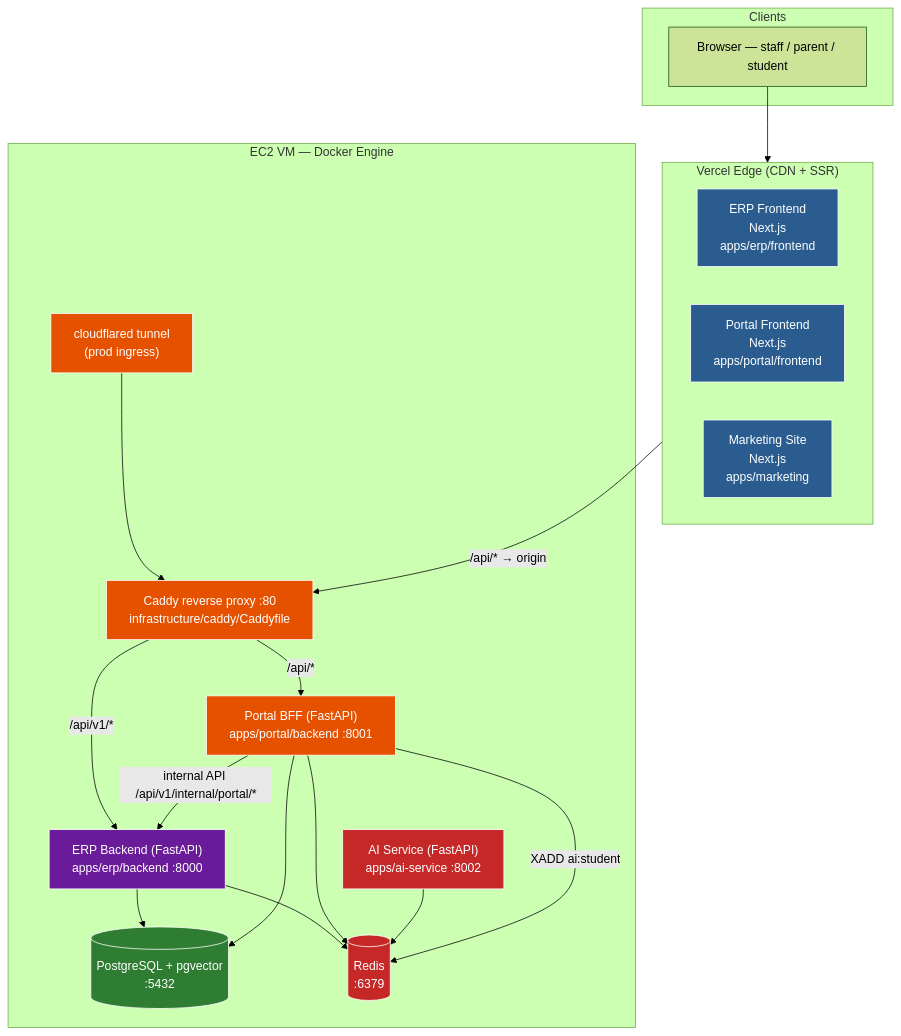
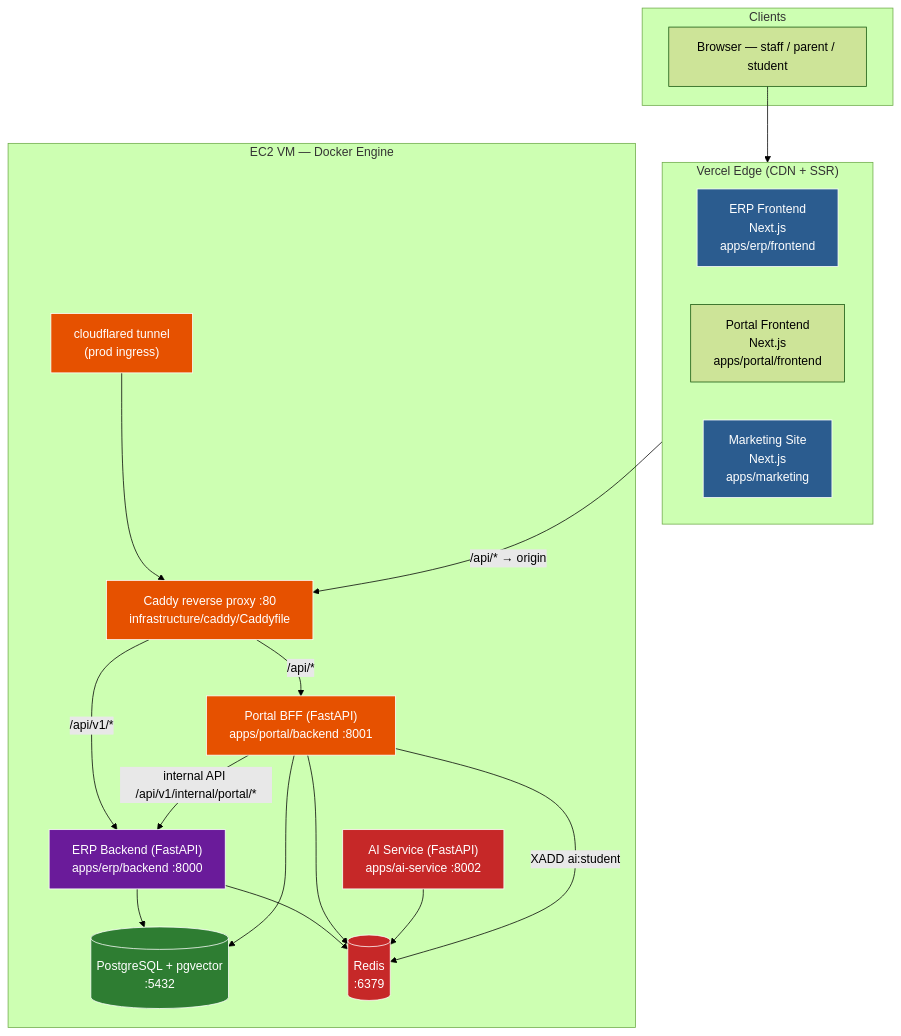
The first of 2 diagrams in SYSTEM_ARCHITECTURE_GUIDE.md (Mahbob25/ILMS-IERP), drawn with Mermaid (forest theme) before and after one commit. The commit also changed 7 other files, not shown here.

````diff
--- a/SYSTEM_ARCHITECTURE_GUIDE.md
+++ b/SYSTEM_ARCHITECTURE_GUIDE.md
@@ -49,41 +49,41 @@
 ```mermaid
 flowchart TB
     classDef fe fill:#2b5c8f,stroke:#fff,color:#fff
     classDef db fill:#2e7d32,stroke:#fff,color:#fff
     classDef proxy fill:#e65100,stroke:#fff,color:#fff
     classDef auth fill:#6a1b9a,stroke:#fff,color:#fff
     classDef queue fill:#c62828,stroke:#fff,color:#fff
 
     subgraph Client["Clients"]
         Browser["Browser — staff / parent / student"]
     end
 
     subgraph Vercel["Vercel Edge (CDN + SSR)"]
         ERPFe["ERP Frontend\nNext.js\napps/erp/frontend"]:::fe
-        PortalFe["Portal Frontend\nNext.js\napps/portal/frontend"]:::fe
+        PortalFe["Portal Frontend\nNext.js\napps/portal/frontend"]:::fe`
         Mktg["Marketing Site\nNext.js\napps/marketing"]:::fe
     end
 
     subgraph VM["EC2 VM — Docker Engine"]
         Caddy["Caddy reverse proxy :80\ninfrastructure/caddy/Caddyfile"]:::proxy
         Tunnel["cloudflared tunnel\n(prod ingress)"]:::proxy
         ERP["ERP Backend (FastAPI)\napps/erp/backend :8000"]:::auth
         BFF["Portal BFF (FastAPI)\napps/portal/backend :8001"]:::proxy
         AI["AI Service (FastAPI)\napps/ai-service :8002"]:::queue
         PG[("PostgreSQL + pgvector\n:5432")]:::db
         Redis[("Redis\n:6379")]:::queue
     end
 
     Browser --> Vercel
     Vercel -->|"/api/* → origin"| Caddy
     Tunnel --> Caddy
     Caddy -->|"/api/v1/*"| ERP
     Caddy -->|"/api/*"| BFF
     ERP --> PG
     ERP --> Redis
     BFF -->|"internal API /api/v1/internal/portal/*"| ERP
     BFF --> Redis
     BFF --> PG
     AI --> Redis
     BFF -->|"XADD ai:student"| Redis
 ```
````
